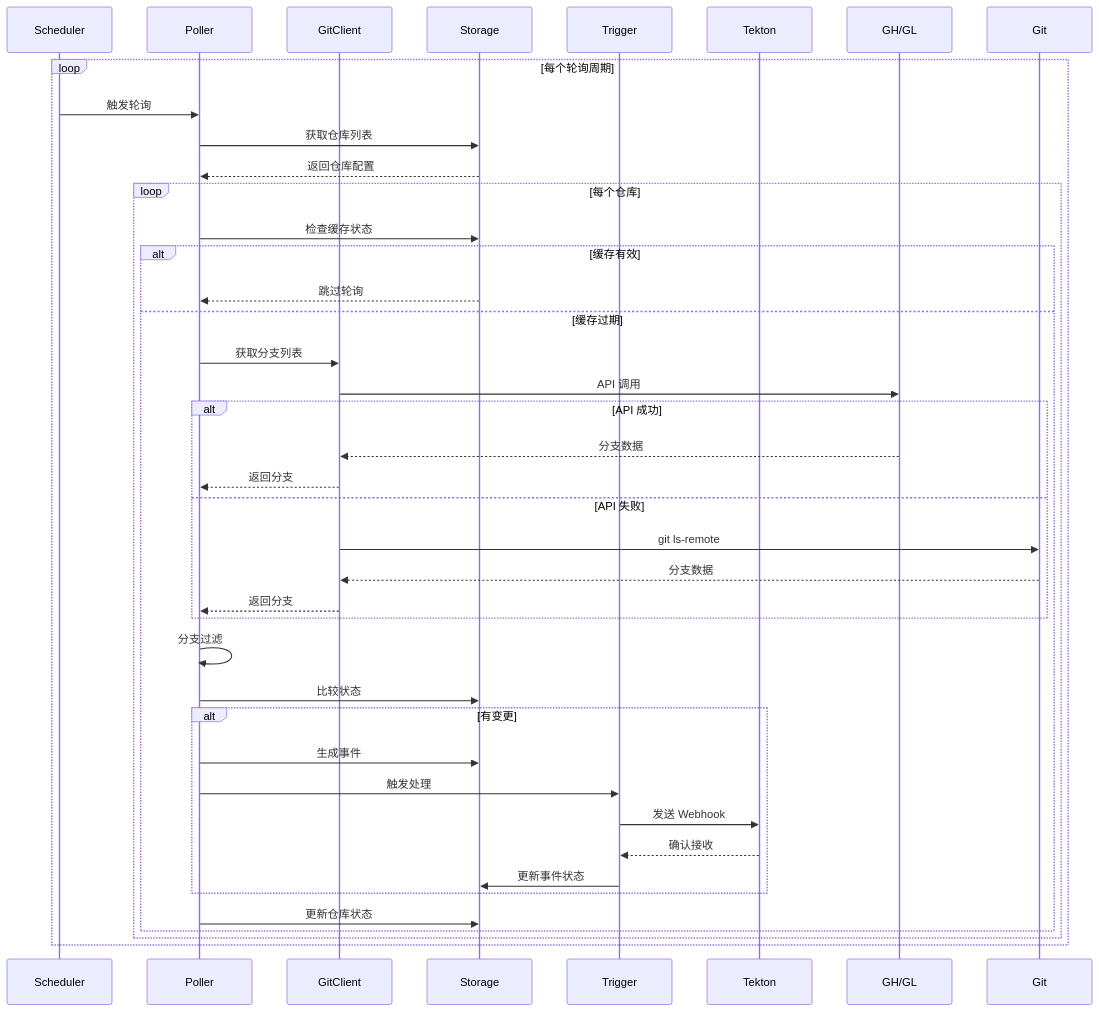
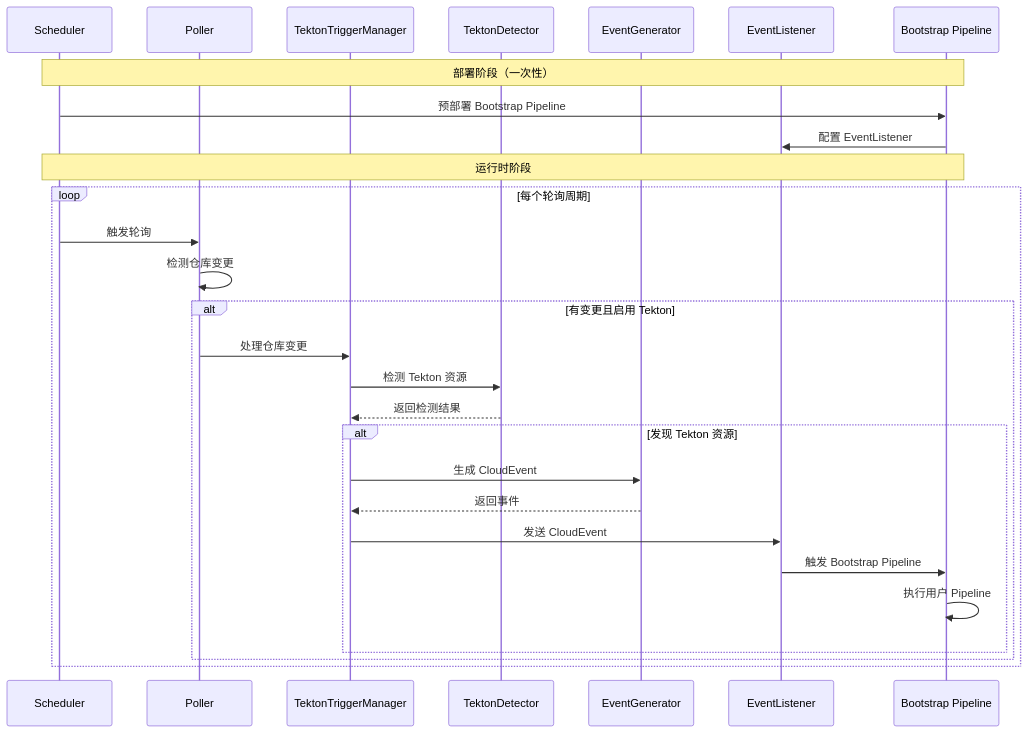
Before and after one commit to johnnynv/RepoSentry: the fourth of 7 diagrams in docs/zh/architecture.md, drawn with Mermaid. The commit also changed other lines of this file and 53 other files, not shown here.

````diff
--- a/docs/zh/architecture.md
+++ b/docs/zh/architecture.md
@@ -119,44 +190,32 @@
 ```mermaid
 sequenceDiagram
     participant S as Scheduler
     participant P as Poller
-    participant GC as GitClient
-    participant ST as Storage
-    participant T as Trigger
-    participant TK as Tekton
+    participant TM as TektonTriggerManager
+    participant TD as TektonDetector
+    participant EG as EventGenerator
+    participant EL as EventListener
+    participant BP as Bootstrap Pipeline
     
+    Note over S,BP: 部署阶段（一次性）
+    S->>BP: 预部署 Bootstrap Pipeline
+    BP->>EL: 配置 EventListener
+    
+    Note over S,BP: 运行时阶段
     loop 每个轮询周期
         S->>P: 触发轮询
-        P->>ST: 获取仓库列表
-        ST-->>P: 返回仓库配置
-        
-        loop 每个仓库
-            P->>ST: 检查缓存状态
-            alt 缓存有效
-                ST-->>P: 跳过轮询
-            else 缓存过期
-                P->>GC: 获取分支列表
-                GC->>GH/GL: API 调用
-                alt API 成功
-                    GH/GL-->>GC: 分支数据
-                    GC-->>P: 返回分支
-                else API 失败
-                    GC->>Git: git ls-remote
-                    Git-->>GC: 分支数据
-                    GC-->>P: 返回分支
-                end
-                
-                P->>P: 分支过滤
-                P->>ST: 比较状态
-                alt 有变更
-                    P->>ST: 生成事件
-                    P->>T: 触发处理
-                    T->>TK: 发送 Webhook
-                    TK-->>T: 确认接收
-                    T->>ST: 更新事件状态
-                end
-                P->>ST: 更新仓库状态
+        P->>P: 检测仓库变更
+        alt 有变更且启用 Tekton
+            P->>TM: 处理仓库变更
+            TM->>TD: 检测 Tekton 资源
+            TD-->>TM: 返回检测结果
+            alt 发现 Tekton 资源
+                TM->>EG: 生成 CloudEvent
+                EG-->>TM: 返回事件
+                TM->>EL: 发送 CloudEvent
+                EL->>BP: 触发 Bootstrap Pipeline
+                BP->>BP: 执行用户 Pipeline
             end
         end
     end
 ```
````
